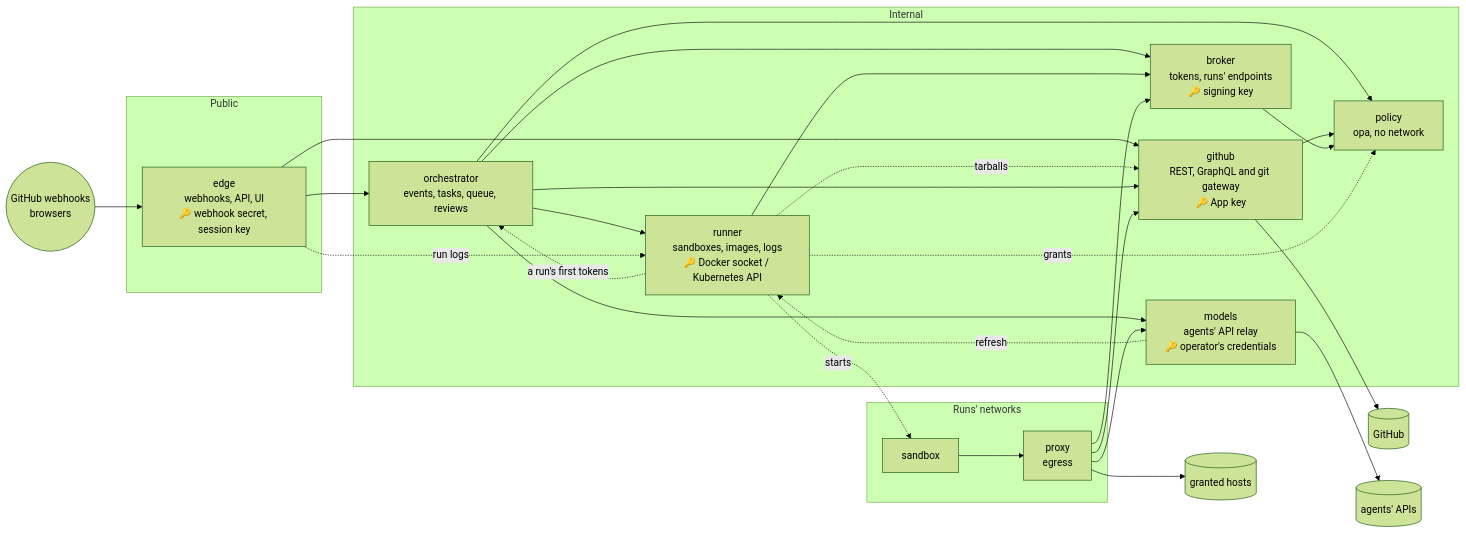
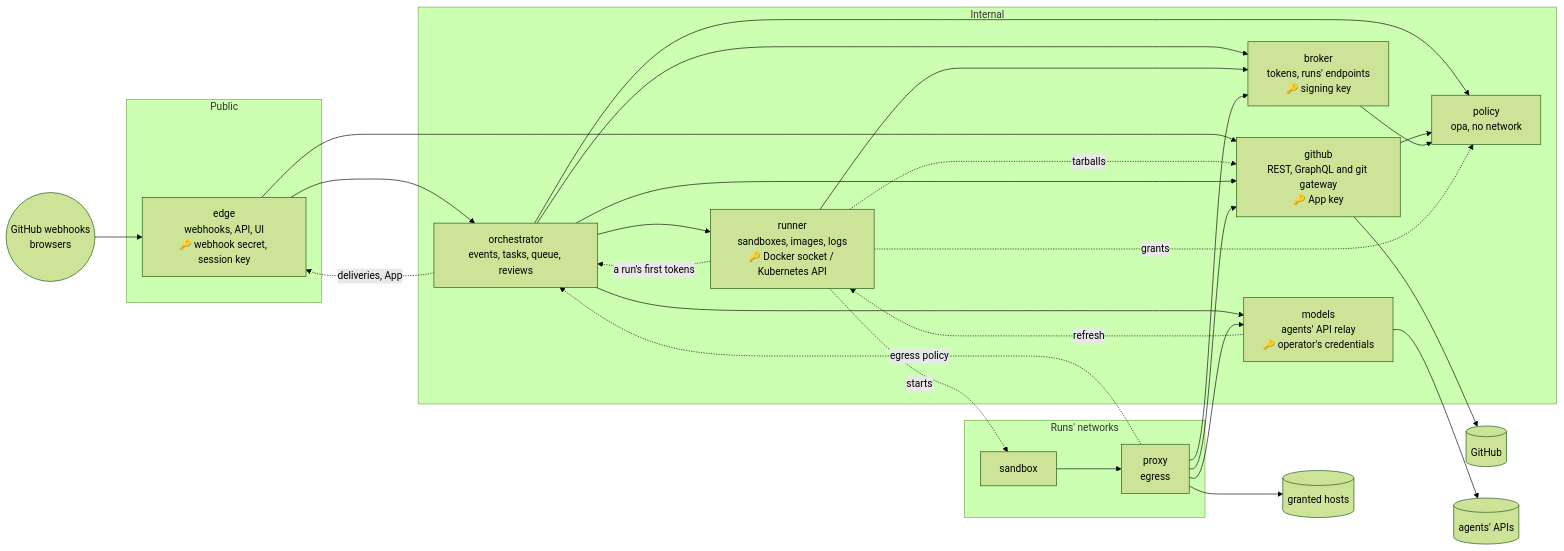
Before and after one commit to BryanSmee/deckhand: the diagram in docs/services.md, drawn with Mermaid (forest theme). The commit also changed other lines of this file and 54 other files, not shown here.

````diff
--- a/docs/services.md
+++ b/docs/services.md
@@ -14,50 +15,51 @@
 ```mermaid
 flowchart LR
   web(("GitHub webhooks<br/>browsers"))
   gh[("GitHub")]
   ai[("agents' APIs")]
   hosts[("granted hosts")]
 
   subgraph public [Public]
     edge["edge<br/>webhooks, API, UI<br/>🔑 webhook secret, session key"]
   end
 
   subgraph internal [Internal]
     orch["orchestrator<br/>events, tasks, queue, reviews"]
     runner["runner<br/>sandboxes, images, logs<br/>🔑 Docker socket / Kubernetes API"]
     broker["broker<br/>tokens, runs' endpoints<br/>🔑 signing key"]
     github["github<br/>REST, GraphQL and git gateway<br/>🔑 App key"]
     models["models<br/>agents' API relay<br/>🔑 operator's credentials"]
     policy["policy<br/>opa, no network"]
   end
 
   subgraph runs ["Runs' networks"]
     sandbox["sandbox"]
     proxy["proxy<br/>egress"]
   end
 
   web --> edge
   edge --> orch
   edge --> github
   orch --> runner
   orch --> broker
   runner --> broker
   runner -. a run's first tokens .-> orch
   runner -. tarballs .-> github
-  edge -. run logs .-> runner
+  orch -. deliveries, App .-> edge
   orch --> github
   orch --> policy
   orch --> models
   runner -. starts .-> sandbox
   sandbox --> proxy
   proxy --> github
   proxy --> models
   proxy --> broker
+  proxy -. egress policy .-> orch
   proxy --> hosts
   github --> policy
   broker --> policy
   runner -. grants .-> policy
   github --> gh
   models --> ai
   models -. refresh .-> runner
 ```
````
